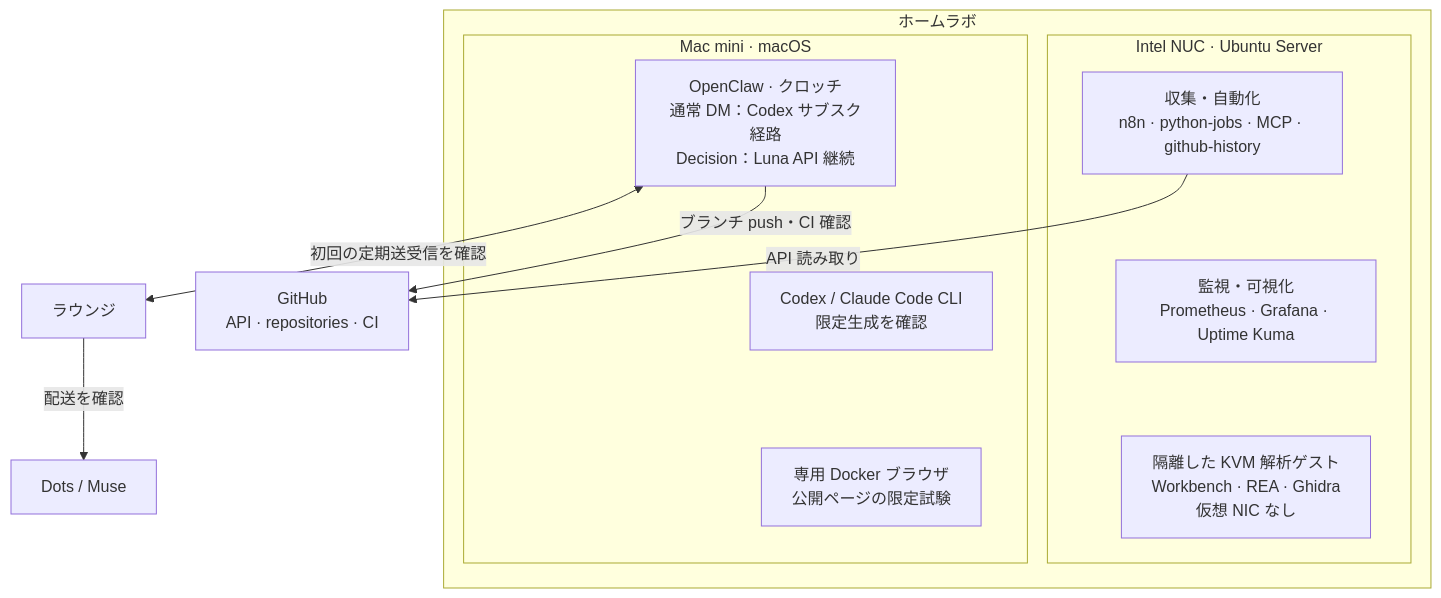
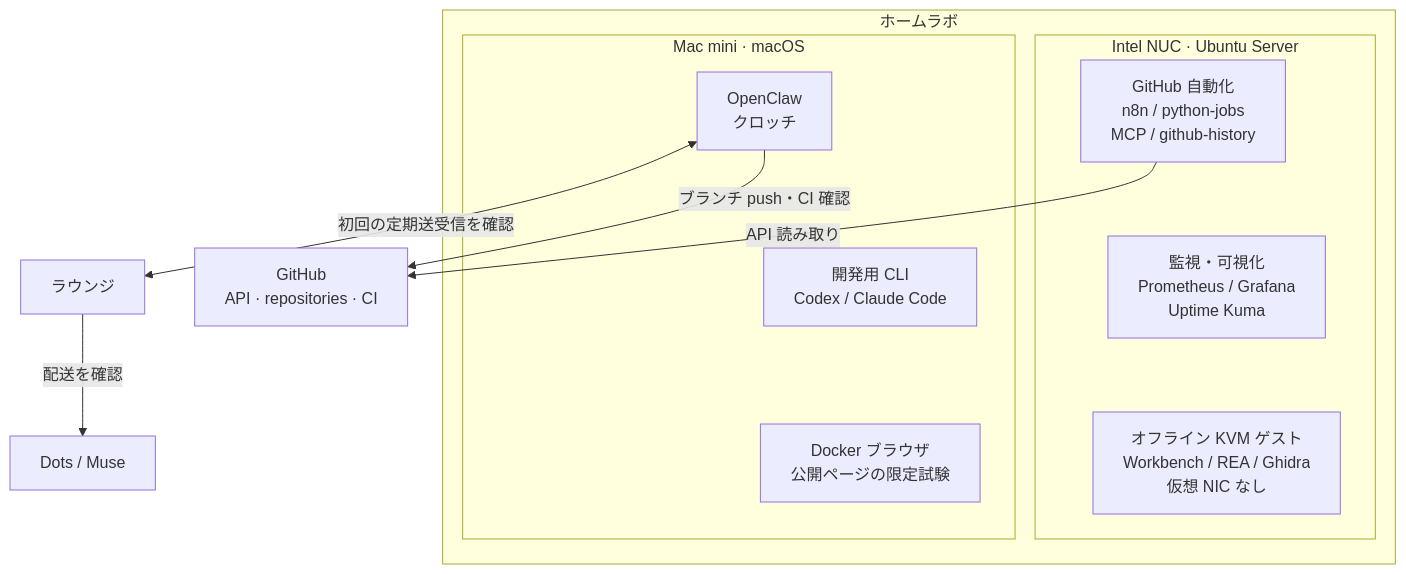
One commit to moruku36/home-ai-engineering-lab changed the diagram in README.ja.md. Above: the diagram before and after it, drawn with Mermaid. The commit also changed 1 other file, not shown here.

Commit message:
Shorten diagram labels while retaining details in the status table

````diff
--- a/README.ja.md
+++ b/README.ja.md
@@ -21,26 +21,26 @@
 ```mermaid
 flowchart TB
   subgraph LAB["ホームラボ"]
     subgraph NUC["Intel NUC · Ubuntu Server"]
-      AUTO["収集・自動化<br/>n8n · python-jobs · MCP · github-history"]
-      MON["監視・可視化<br/>Prometheus · Grafana · Uptime Kuma"]
-      VM["隔離した KVM 解析ゲスト<br/>Workbench · REA · Ghidra<br/>仮想 NIC なし"]
+      AUTO["GitHub 自動化<br/>n8n / python-jobs<br/>MCP / github-history"]
+      MON["監視・可視化<br/>Prometheus / Grafana<br/>Uptime Kuma"]
+      VM["オフライン KVM ゲスト<br/>Workbench / REA / Ghidra<br/>仮想 NIC なし"]
       AUTO ~~~ MON
       MON ~~~ VM
     end
     subgraph MAC["Mac mini · macOS"]
-      OC["OpenClaw · クロッチ<br/>通常 DM：Codex サブスク経路<br/>Decision：Luna API 継続"]
-      CLI["Codex / Claude Code CLI<br/>限定生成を確認"]
-      BROWSER["専用 Docker ブラウザ<br/>公開ページの限定試験"]
+      OC["OpenClaw<br/>クロッチ"]
+      CLI["開発用 CLI<br/>Codex / Claude Code"]
+      BROWSER["Docker ブラウザ<br/>公開ページの限定試験"]
       OC ~~~ CLI
       CLI ~~~ BROWSER
     end
   end
   GH["GitHub<br/>API · repositories · CI"]
   LOUNGE["ラウンジ"]
   PEERS["Dots / Muse"]
   AUTO -->|"API 読み取り"| GH
   OC -->|"ブランチ push・CI 確認"| GH
   OC <-->|"初回の定期送受信を確認"| LOUNGE
   LOUNGE -->|"配送を確認"| PEERS
 ```
````
